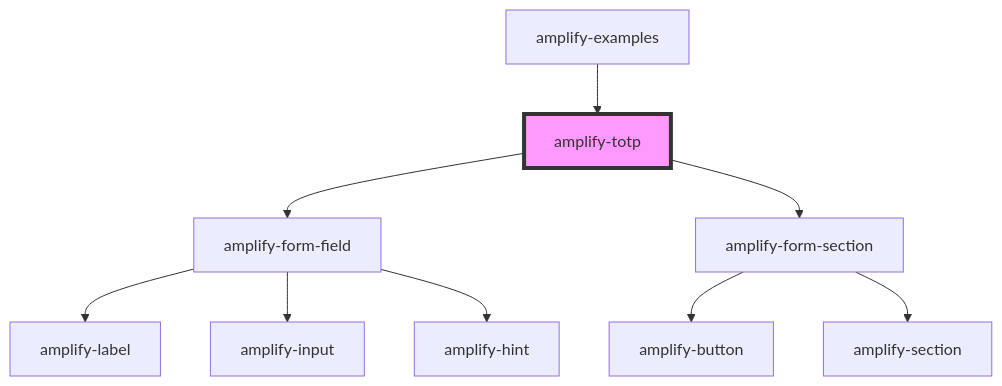
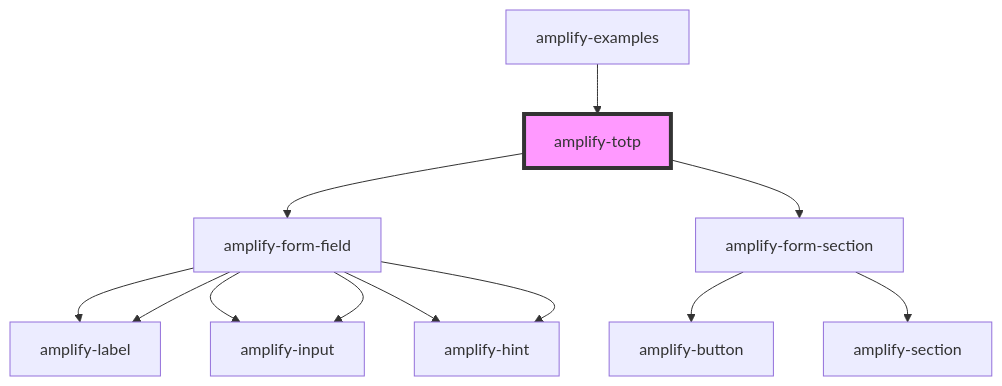
Before and after one commit to aws-amplify/amplify-js: the diagram in packages/amplify-ui-components/src/components/amplify-totp/readme.md, drawn with Mermaid. The commit also changed other lines of this file and 9 other files, not shown here.

````diff
--- a/packages/amplify-ui-components/src/components/amplify-totp/readme.md
+++ b/packages/amplify-ui-components/src/components/amplify-totp/readme.md
@@ -29,12 +27,15 @@
 ```mermaid
 graph TD;
   amplify-totp --> amplify-form-field
   amplify-totp --> amplify-form-section
   amplify-form-field --> amplify-label
   amplify-form-field --> amplify-input
   amplify-form-field --> amplify-hint
   amplify-form-section --> amplify-button
   amplify-form-section --> amplify-section
+  amplify-form-field --> amplify-label
+  amplify-form-field --> amplify-input
+  amplify-form-field --> amplify-hint
   amplify-examples --> amplify-totp
   style amplify-totp fill:#f9f,stroke:#333,stroke-width:4px
 ```
````
